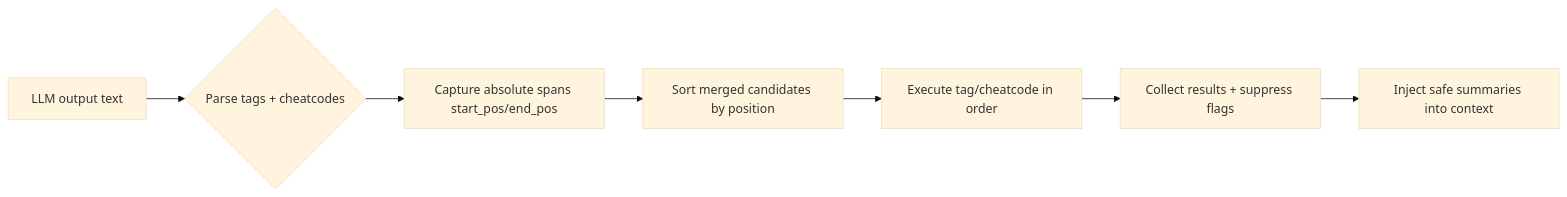
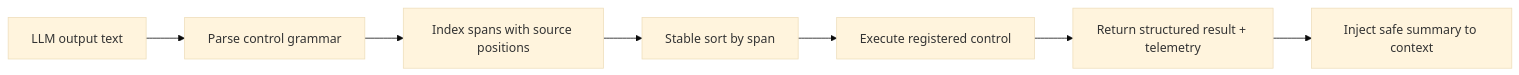
The second of 5 diagrams in README.md (LynnColeArt/captainhook), drawn with Mermaid (base theme) before and after one commit. The commit also changed other lines of this file, not shown here.

Commit message:
docs: rewrite README as whitepaper-style guide for namespace-first agent control

````diff
--- a/README.md
+++ b/README.md
@@ -61,9 +116,9 @@
 ```mermaid
 flowchart LR
-  A[LLM output text] --> B{Parse tags + cheatcodes}
-  B --> C[Capture absolute spans start_pos/end_pos]
-  C --> D[Sort merged candidates by position]
-  D --> E[Execute tag/cheatcode in order]
-  E --> F[Collect results + suppress flags]
-  F --> G[Inject safe summaries into context]
+  A["LLM output text"] --> B["Parse control grammar"]
+  B --> C["Index spans with source positions"]
+  C --> D["Stable sort by span"]
+  D --> E["Execute registered control"]
+  E --> F["Return structured result + telemetry"]
+  F --> G["Inject safe summary to context"]
 ```
````
